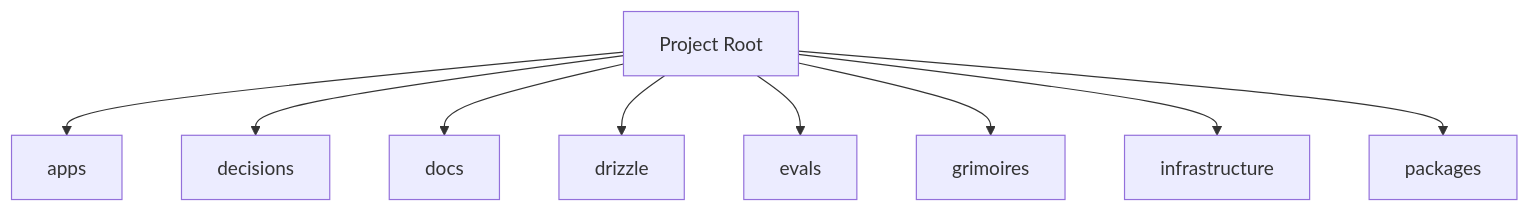
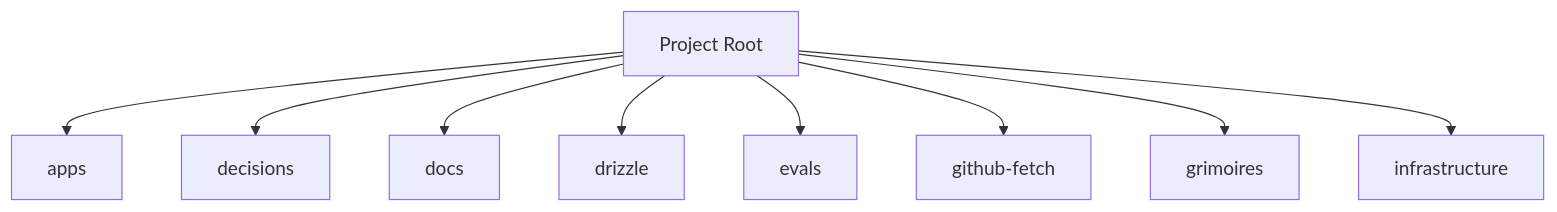
One commit to 0xHoneyJar/loa-freeside changed the diagram in BUTTERFREEZONE.md. Above: the diagram before and after it, drawn with Mermaid. The commit also changed other lines of this file and 41 other files, not shown here.

````diff
--- a/BUTTERFREEZONE.md
+++ b/BUTTERFREEZONE.md
@@ -54,20 +54,20 @@
 ```mermaid
 graph TD
     apps[apps]
     decisions[decisions]
     docs[docs]
     drizzle[drizzle]
     evals[evals]
+    github_fetch[github-fetch]
     grimoires[grimoires]
     infrastructure[infrastructure]
-    packages[packages]
     Root[Project Root]
     Root --> apps
     Root --> decisions
     Root --> docs
     Root --> drizzle
     Root --> evals
+    Root --> github_fetch
     Root --> grimoires
     Root --> infrastructure
-    Root --> packages
 ```
````
